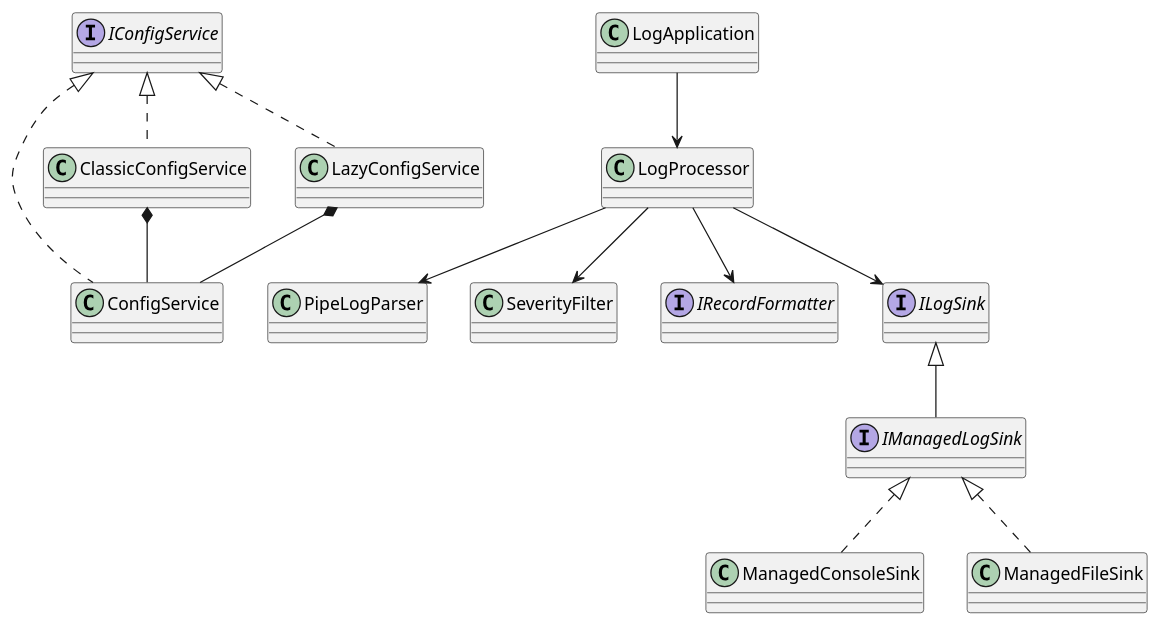
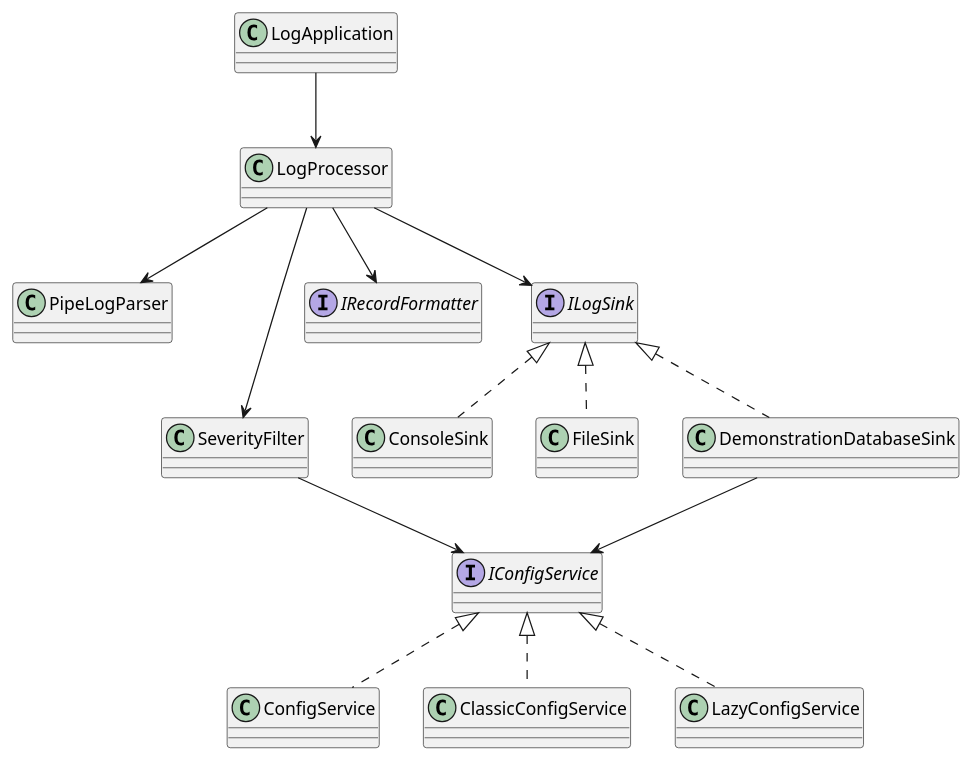
One commit to Fiskr70/Lecture_Examples changed the diagram in LogHub/docs/ЛР2.md. Above: the diagram before and after it, drawn with PlantUML. The commit also changed other lines of this file and 8 other files, not shown here.

````diff
--- a/LogHub/docs/ЛР2.md
+++ b/LogHub/docs/ЛР2.md
@@ -14,30 +14,30 @@
 ```plantuml
 @startuml
 interface IConfigService
 class ConfigService
 class ClassicConfigService
 class LazyConfigService
 class LogApplication
 class LogProcessor
 class PipeLogParser
 class SeverityFilter
 interface IRecordFormatter
 interface ILogSink
-interface IManagedLogSink
-class ManagedConsoleSink
-class ManagedFileSink
+class ConsoleSink
+class FileSink
+class DemonstrationDatabaseSink
 IConfigService <|.. ConfigService
 IConfigService <|.. ClassicConfigService
 IConfigService <|.. LazyConfigService
-ClassicConfigService *-- ConfigService
-LazyConfigService *-- ConfigService
 LogApplication --> LogProcessor
 LogProcessor --> PipeLogParser
 LogProcessor --> SeverityFilter
 LogProcessor --> IRecordFormatter
 LogProcessor --> ILogSink
-ILogSink <|-- IManagedLogSink
-IManagedLogSink <|.. ManagedConsoleSink
-IManagedLogSink <|.. ManagedFileSink
+ILogSink <|.. ConsoleSink
+ILogSink <|.. FileSink
+ILogSink <|.. DemonstrationDatabaseSink
+SeverityFilter --> IConfigService
+DemonstrationDatabaseSink --> IConfigService
 @enduml
 ```
````
